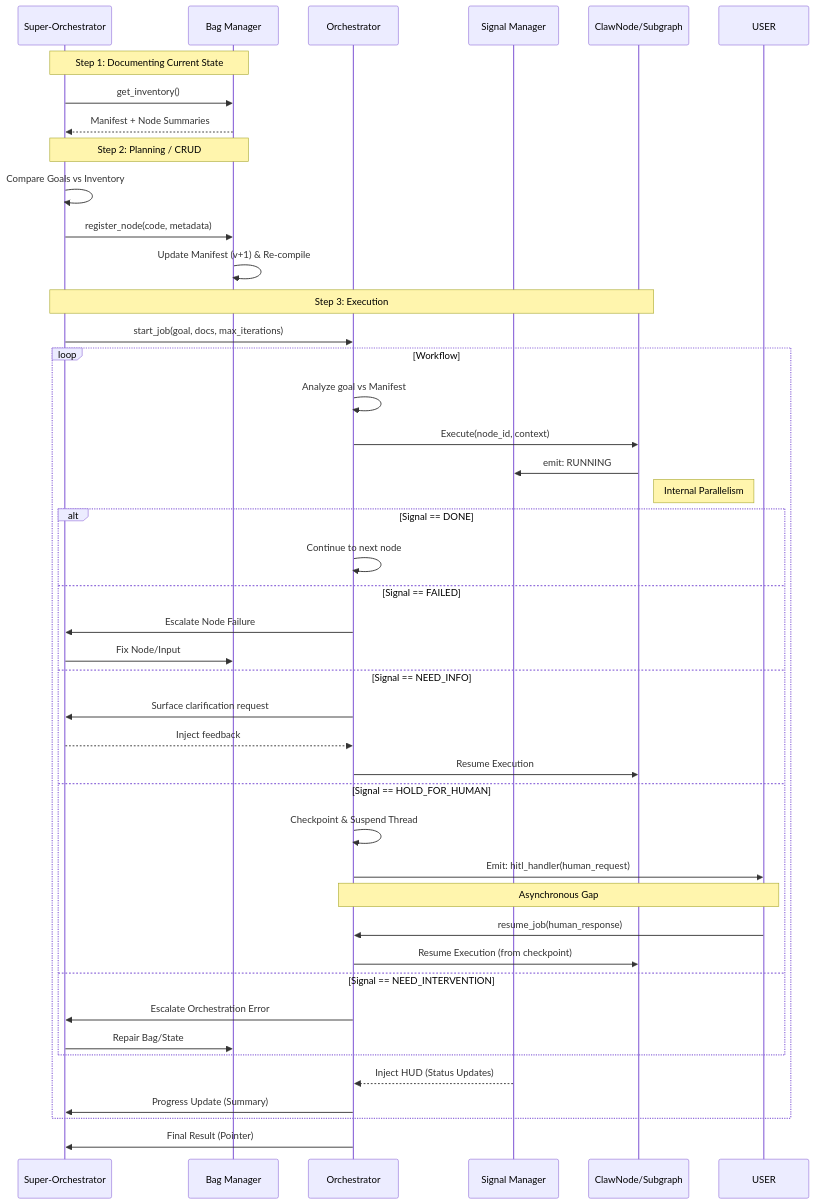
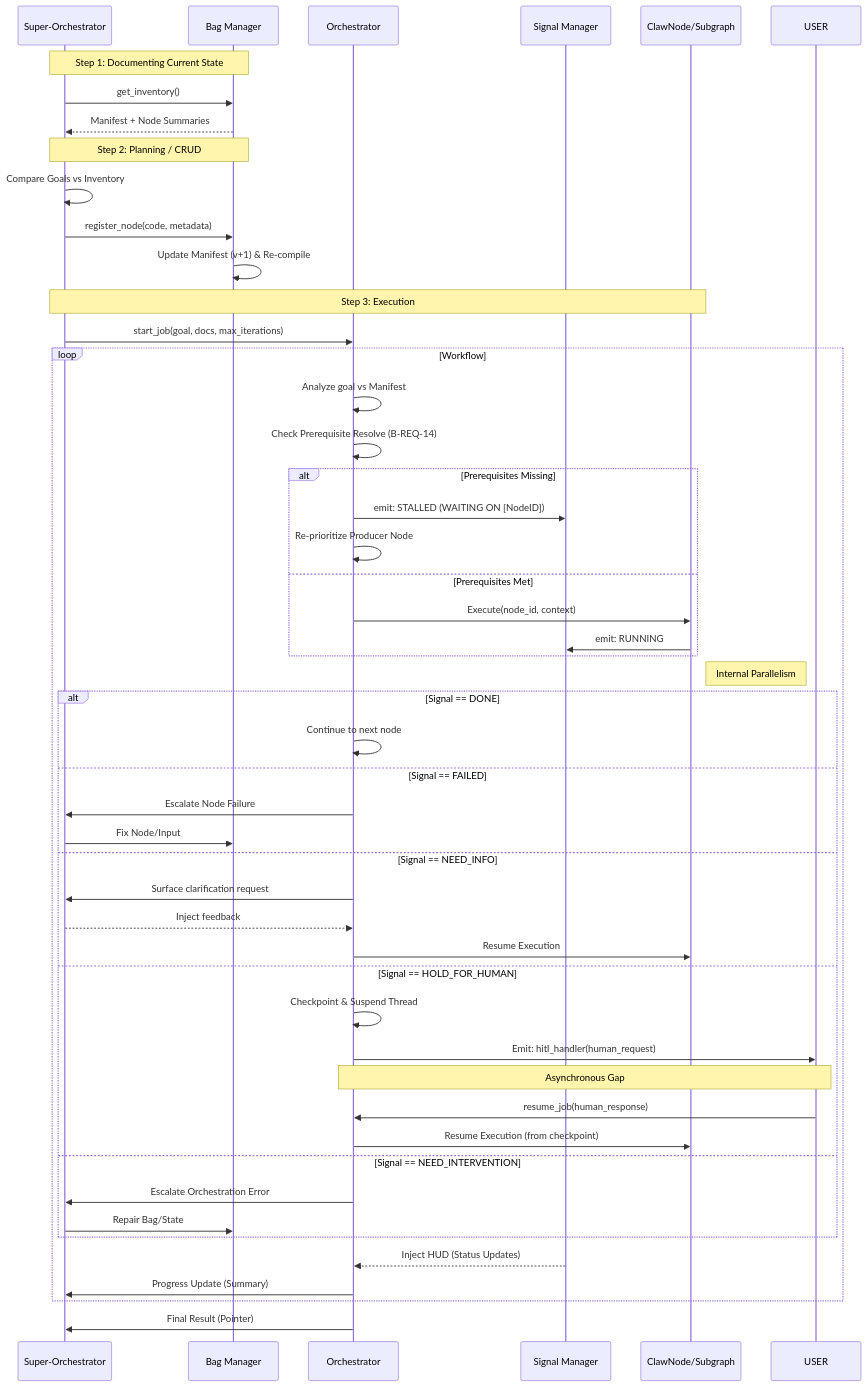
One commit to aaronjrod/clawgraph changed the second of 3 diagrams in notes/05_ARCHITECTURE.md. Above: the diagram before and after it, drawn with Mermaid. The commit also changed other lines of this file and 5 other files, not shown here.

````diff
--- a/notes/05_ARCHITECTURE.md
+++ b/notes/05_ARCHITECTURE.md
@@ -85,48 +87,54 @@
 ```mermaid
 sequenceDiagram
     participant SO as Super-Orchestrator
     participant BM as Bag Manager
     participant OR as Orchestrator
     participant SM as Signal Manager
     participant NODE as ClawNode/Subgraph
 
     Note over SO,BM: Step 1: Documenting Current State
     SO->>BM: get_inventory()
     BM-->>SO: Manifest + Node Summaries
     
     Note over SO,BM: Step 2: Planning / CRUD
     SO->>SO: Compare Goals vs Inventory
     SO->>BM: register_node(code, metadata)
     BM->>BM: Update Manifest (v+1) & Re-compile
     
     Note over SO,NODE: Step 3: Execution
     SO->>OR: start_job(goal, docs, max_iterations)
     loop Workflow
         OR->>OR: Analyze goal vs Manifest
-        OR->>NODE: Execute(node_id, context)
-        NODE->>SM: emit: RUNNING
+        OR->>OR: Check Prerequisite Resolve (B-REQ-14)
+        alt Prerequisites Missing
+            OR->>SM: emit: STALLED (WAITING ON [NodeID])
+            OR->>OR: Re-prioritize Producer Node
+        else Prerequisites Met
+            OR->>NODE: Execute(node_id, context)
+            NODE->>SM: emit: RUNNING
+        end
         Note right of NODE: Internal Parallelism
         alt Signal == DONE
             OR->>OR: Continue to next node
         else Signal == FAILED
             OR->>SO: Escalate Node Failure
             SO->>BM: Fix Node/Input
         else Signal == NEED_INFO
             OR->>SO: Surface clarification request
             SO-->>OR: Inject feedback
             OR->>NODE: Resume Execution
         else Signal == HOLD_FOR_HUMAN
             OR->>OR: Checkpoint & Suspend Thread
             OR->>USER: Emit: hitl_handler(human_request)
             Note over USER,OR: Asynchronous Gap
             USER->>OR: resume_job(human_response)
             OR->>NODE: Resume Execution (from checkpoint)
         else Signal == NEED_INTERVENTION
             OR->>SO: Escalate Orchestration Error
             SO->>BM: Repair Bag/State
         end
         SM-->>OR: Inject HUD (Status Updates)
         OR->>SO: Progress Update (Summary)
     end
     OR->>SO: Final Result (Pointer)
 ```
````
